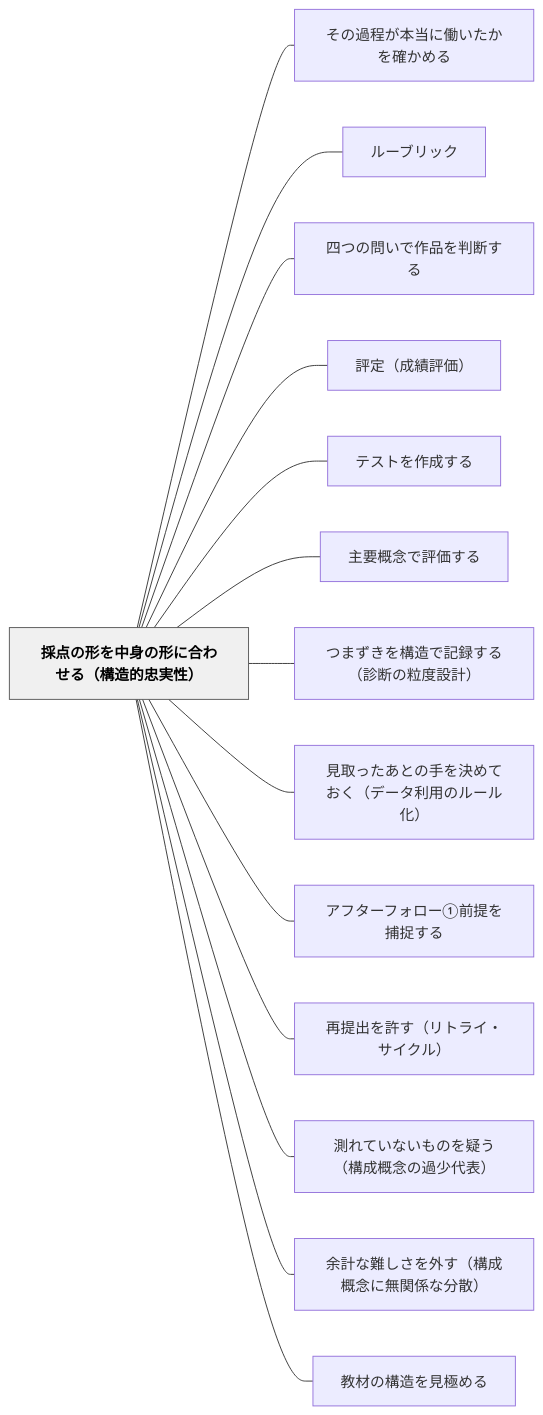
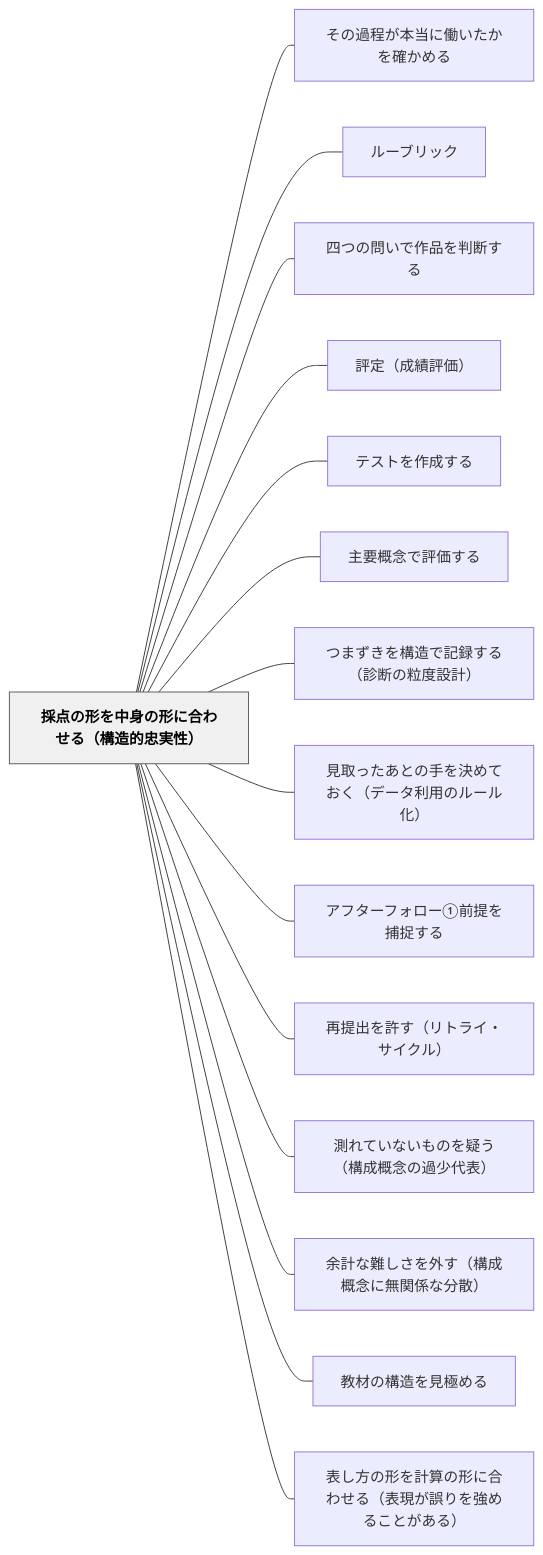
The diagram in content/パタン/採点の形を中身の形に合わせる（構造的忠実性）.md (unknownthings-ed-patterns/unknownthings-ed-patterns), drawn with Mermaid before and after one commit. The commit also changed other lines of this file and 21 other files, not shown here.

````diff
--- a/content/パタン/採点の形を中身の形に合わせる（構造的忠実性）.md
+++ b/content/パタン/採点の形を中身の形に合わせる（構造的忠実性）.md
@@ -242,34 +243,36 @@
 ```mermaid
 flowchart LR
     ne68ea1e782b9e381aee5bda2e38292e4b8ade8baabe381aee5bda2e381abe59088e3828fe3819be3828befbc88e6a78be980a0e79a84e5bfa0e5ae9fe680a7efbc89["採点の形を中身の形に合わせる（構造的忠実性）"]
     ne3819de381aee9818ee7a88be3818ce69cace5bd93e381abe5838de38184e3819fe3818be38292e7a2bae3818be38281e3828b["その過程が本当に働いたかを確かめる"]
     ne383abe383bce38396e383aae38383e382af["ルーブリック"]
     ne59b9be381a4e381aee5958fe38184e381a7e4bd9ce59381e38292e588a4e696ade38199e3828b["四つの問いで作品を判断する"]
     ne8a995e5ae9aefbc88e68890e7b8bee8a995e4bea1efbc89["評定（成績評価）"]
     ne38386e382b9e38388e38292e4bd9ce68890e38199e3828b["テストを作成する"]
     ne4b8bbe8a681e6a682e5bfb5e381a7e8a995e4bea1e38199e3828b["主要概念で評価する"]
     ne381a4e381bee3819ae3818de38292e6a78be980a0e381a7e8a898e98cb2e38199e3828befbc88e8a8bae696ade381aee7b292e5baa6e8a8ade8a888efbc89["つまずきを構造で記録する（診断の粒度設計）"]
     ne8a68be58f96e381a3e3819fe38182e381a8e381aee6898be38292e6b1bae38281e381a6e3818ae3818fefbc88e38387e383bce382bfe588a9e794a8e381aee383abe383bce383abe58c96efbc89["見取ったあとの手を決めておく（データ利用のルール化）"]
     ne382a2e38395e382bfe383bce38395e382a9e383ade383bce291a0e5898de68f90e38292e68d95e68d89e38199e3828b["アフターフォロー①前提を捕捉する"]
     ne5868de68f90e587bae38292e8a8b1e38199efbc88e383aae38388e383a9e382a4e383bbe382b5e382a4e382afe383abefbc89["再提出を許す（リトライ・サイクル）"]
     ne6b8ace3828ce381a6e38184e381aae38184e38282e381aee38292e79691e38186efbc88e6a78be68890e6a682e5bfb5e381aee9818ee5b091e4bba3e8a1a8efbc89["測れていないものを疑う（構成概念の過少代表）"]
     ne4bd99e8a888e381aae99ba3e38197e38195e38292e5a496e38199efbc88e6a78be68890e6a682e5bfb5e381abe784a1e996a2e4bf82e381aae58886e695a3efbc89["余計な難しさを外す（構成概念に無関係な分散）"]
     ne69599e69d90e381aee6a78be980a0e38292e8a68be6a5b5e38281e3828b["教材の構造を見極める"]
+    ne8a1a8e38197e696b9e381aee5bda2e38292e8a888e7ae97e381aee5bda2e381abe59088e3828fe3819be3828befbc88e8a1a8e78fbee3818ce8aaa4e3828ae38292e5bcb7e38281e3828be38193e381a8e3818ce38182e3828befbc89["表し方の形を計算の形に合わせる（表現が誤りを強めることがある）"]
 
     ne68ea1e782b9e381aee5bda2e38292e4b8ade8baabe381aee5bda2e381abe59088e3828fe3819be3828befbc88e6a78be980a0e79a84e5bfa0e5ae9fe680a7efbc89 --- ne3819de381aee9818ee7a88be3818ce69cace5bd93e381abe5838de38184e3819fe3818be38292e7a2bae3818be38281e3828b
     ne68ea1e782b9e381aee5bda2e38292e4b8ade8baabe381aee5bda2e381abe59088e3828fe3819be3828befbc88e6a78be980a0e79a84e5bfa0e5ae9fe680a7efbc89 --- ne383abe383bce38396e383aae38383e382af
     ne68ea1e782b9e381aee5bda2e38292e4b8ade8baabe381aee5bda2e381abe59088e3828fe3819be3828befbc88e6a78be980a0e79a84e5bfa0e5ae9fe680a7efbc89 --- ne59b9be381a4e381aee5958fe38184e381a7e4bd9ce59381e38292e588a4e696ade38199e3828b
     ne68ea1e782b9e381aee5bda2e38292e4b8ade8baabe381aee5bda2e381abe59088e3828fe3819be3828befbc88e6a78be980a0e79a84e5bfa0e5ae9fe680a7efbc89 --- ne8a995e5ae9aefbc88e68890e7b8bee8a995e4bea1efbc89
     ne68ea1e782b9e381aee5bda2e38292e4b8ade8baabe381aee5bda2e381abe59088e3828fe3819be3828befbc88e6a78be980a0e79a84e5bfa0e5ae9fe680a7efbc89 --- ne38386e382b9e38388e38292e4bd9ce68890e38199e3828b
     ne68ea1e782b9e381aee5bda2e38292e4b8ade8baabe381aee5bda2e381abe59088e3828fe3819be3828befbc88e6a78be980a0e79a84e5bfa0e5ae9fe680a7efbc89 --- ne4b8bbe8a681e6a682e5bfb5e381a7e8a995e4bea1e38199e3828b
     ne68ea1e782b9e381aee5bda2e38292e4b8ade8baabe381aee5bda2e381abe59088e3828fe3819be3828befbc88e6a78be980a0e79a84e5bfa0e5ae9fe680a7efbc89 --- ne381a4e381bee3819ae3818de38292e6a78be980a0e381a7e8a898e98cb2e38199e3828befbc88e8a8bae696ade381aee7b292e5baa6e8a8ade8a888efbc89
     ne68ea1e782b9e381aee5bda2e38292e4b8ade8baabe381aee5bda2e381abe59088e3828fe3819be3828befbc88e6a78be980a0e79a84e5bfa0e5ae9fe680a7efbc89 --- ne8a68be58f96e381a3e3819fe38182e381a8e381aee6898be38292e6b1bae38281e381a6e3818ae3818fefbc88e38387e383bce382bfe588a9e794a8e381aee383abe383bce383abe58c96efbc89
     ne68ea1e782b9e381aee5bda2e38292e4b8ade8baabe381aee5bda2e381abe59088e3828fe3819be3828befbc88e6a78be980a0e79a84e5bfa0e5ae9fe680a7efbc89 --- ne382a2e38395e382bfe383bce38395e382a9e383ade383bce291a0e5898de68f90e38292e68d95e68d89e38199e3828b
     ne68ea1e782b9e381aee5bda2e38292e4b8ade8baabe381aee5bda2e381abe59088e3828fe3819be3828befbc88e6a78be980a0e79a84e5bfa0e5ae9fe680a7efbc89 --- ne5868de68f90e587bae38292e8a8b1e38199efbc88e383aae38388e383a9e382a4e383bbe382b5e382a4e382afe383abefbc89
     ne68ea1e782b9e381aee5bda2e38292e4b8ade8baabe381aee5bda2e381abe59088e3828fe3819be3828befbc88e6a78be980a0e79a84e5bfa0e5ae9fe680a7efbc89 --- ne6b8ace3828ce381a6e38184e381aae38184e38282e381aee38292e79691e38186efbc88e6a78be68890e6a682e5bfb5e381aee9818ee5b091e4bba3e8a1a8efbc89
     ne68ea1e782b9e381aee5bda2e38292e4b8ade8baabe381aee5bda2e381abe59088e3828fe3819be3828befbc88e6a78be980a0e79a84e5bfa0e5ae9fe680a7efbc89 --- ne4bd99e8a888e381aae99ba3e38197e38195e38292e5a496e38199efbc88e6a78be68890e6a682e5bfb5e381abe784a1e996a2e4bf82e381aae58886e695a3efbc89
     ne68ea1e782b9e381aee5bda2e38292e4b8ade8baabe381aee5bda2e381abe59088e3828fe3819be3828befbc88e6a78be980a0e79a84e5bfa0e5ae9fe680a7efbc89 --- ne69599e69d90e381aee6a78be980a0e38292e8a68be6a5b5e38281e3828b
+    ne68ea1e782b9e381aee5bda2e38292e4b8ade8baabe381aee5bda2e381abe59088e3828fe3819be3828befbc88e6a78be980a0e79a84e5bfa0e5ae9fe680a7efbc89 --- ne8a1a8e38197e696b9e381aee5bda2e38292e8a888e7ae97e381aee5bda2e381abe59088e3828fe3819be3828befbc88e8a1a8e78fbee3818ce8aaa4e3828ae38292e5bcb7e38281e3828be38193e381a8e3818ce38182e3828befbc89
 
     classDef hub fill:#f0f0f0,stroke:#555,color:#000,font-weight:bold
     class ne68ea1e782b9e381aee5bda2e38292e4b8ade8baabe381aee5bda2e381abe59088e3828fe3819be3828befbc88e6a78be980a0e79a84e5bfa0e5ae9fe680a7efbc89 hub
 ```
````
